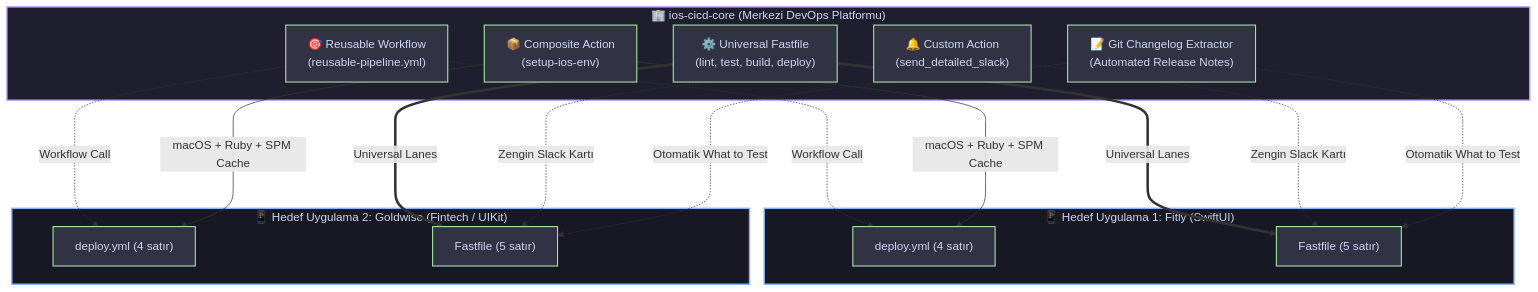
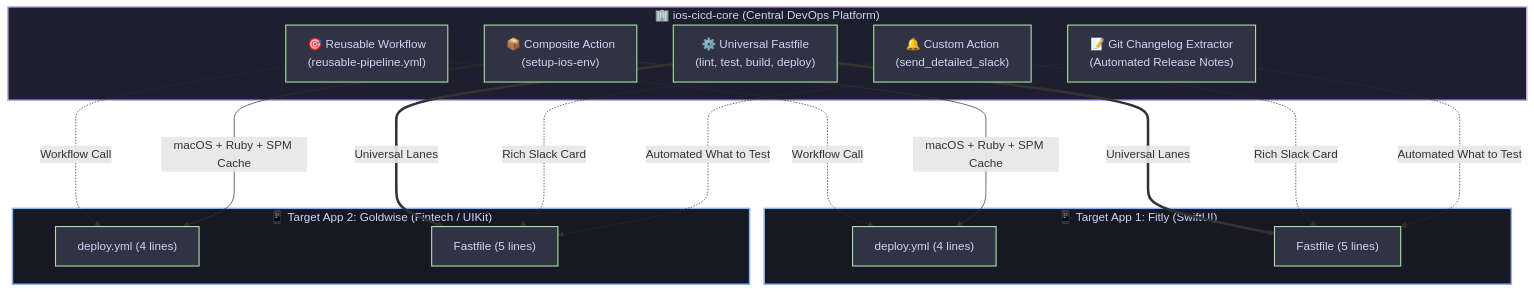
The diagram in README.md (hakankorhasan/ios-cicd-core), drawn with Mermaid before and after one commit. The commit also changed other lines of this file, not shown here.

````diff
--- a/README.md
+++ b/README.md
@@ -59,38 +59,38 @@
 ```mermaid
 flowchart TD
     classDef coreStyle fill:#1e1e2e,stroke:#cba6f7,stroke-width:2px,color:#cdd6f4;
     classDef appStyle fill:#181825,stroke:#89b4fa,stroke-width:2px,color:#cdd6f4;
     classDef actionStyle fill:#313244,stroke:#a6e3a1,stroke-width:1.5px,color:#cdd6f4;
 
-    subgraph Core ["🏢 ios-cicd-core (Merkezi DevOps Platformu)"]
+    subgraph Core ["🏢 ios-cicd-core (Central DevOps Platform)"]
         RW["🎯 Reusable Workflow<br/>(reusable-pipeline.yml)"]:::actionStyle
         CA["📦 Composite Action<br/>(setup-ios-env)"]:::actionStyle
         FL["⚙️ Universal Fastfile<br/>(lint, test, build, deploy)"]:::actionStyle
         SA["🔔 Custom Action<br/>(send_detailed_slack)"]:::actionStyle
         CL["📝 Git Changelog Extractor<br/>(Automated Release Notes)"]:::actionStyle
     end
     class Core coreStyle;
 
-    subgraph App1 ["📱 Hedef Uygulama 1: Fitly (SwiftUI)"]
-        W1["deploy.yml (4 satır)"]:::actionStyle
-        F1["Fastfile (5 satır)"]:::actionStyle
+    subgraph App1 ["📱 Target App 1: Fitly (SwiftUI)"]
+        W1["deploy.yml (4 lines)"]:::actionStyle
+        F1["Fastfile (5 lines)"]:::actionStyle
     end
     class App1 appStyle;
 
-    subgraph App2 ["📱 Hedef Uygulama 2: Goldwise (Fintech / UIKit)"]
-        W2["deploy.yml (4 satır)"]:::actionStyle
-        F2["Fastfile (5 satır)"]:::actionStyle
+    subgraph App2 ["📱 Target App 2: Goldwise (Fintech / UIKit)"]
+        W2["deploy.yml (4 lines)"]:::actionStyle
+        F2["Fastfile (5 lines)"]:::actionStyle
     end
     class App2 appStyle;
 
     RW -.->|Workflow Call| W1
     RW -.->|Workflow Call| W2
     CA -->|macOS + Ruby + SPM Cache| W1
     CA -->|macOS + Ruby + SPM Cache| W2
     FL ===>|Universal Lanes| F1
     FL ===>|Universal Lanes| F2
-    SA -.->|Zengin Slack Kartı| F1
-    SA -.->|Zengin Slack Kartı| F2
-    CL -.->|Otomatik What to Test| F1
-    CL -.->|Otomatik What to Test| F2
+    SA -.->|Rich Slack Card| F1
+    SA -.->|Rich Slack Card| F2
+    CL -.->|Automated What to Test| F1
+    CL -.->|Automated What to Test| F2
 ```
````
